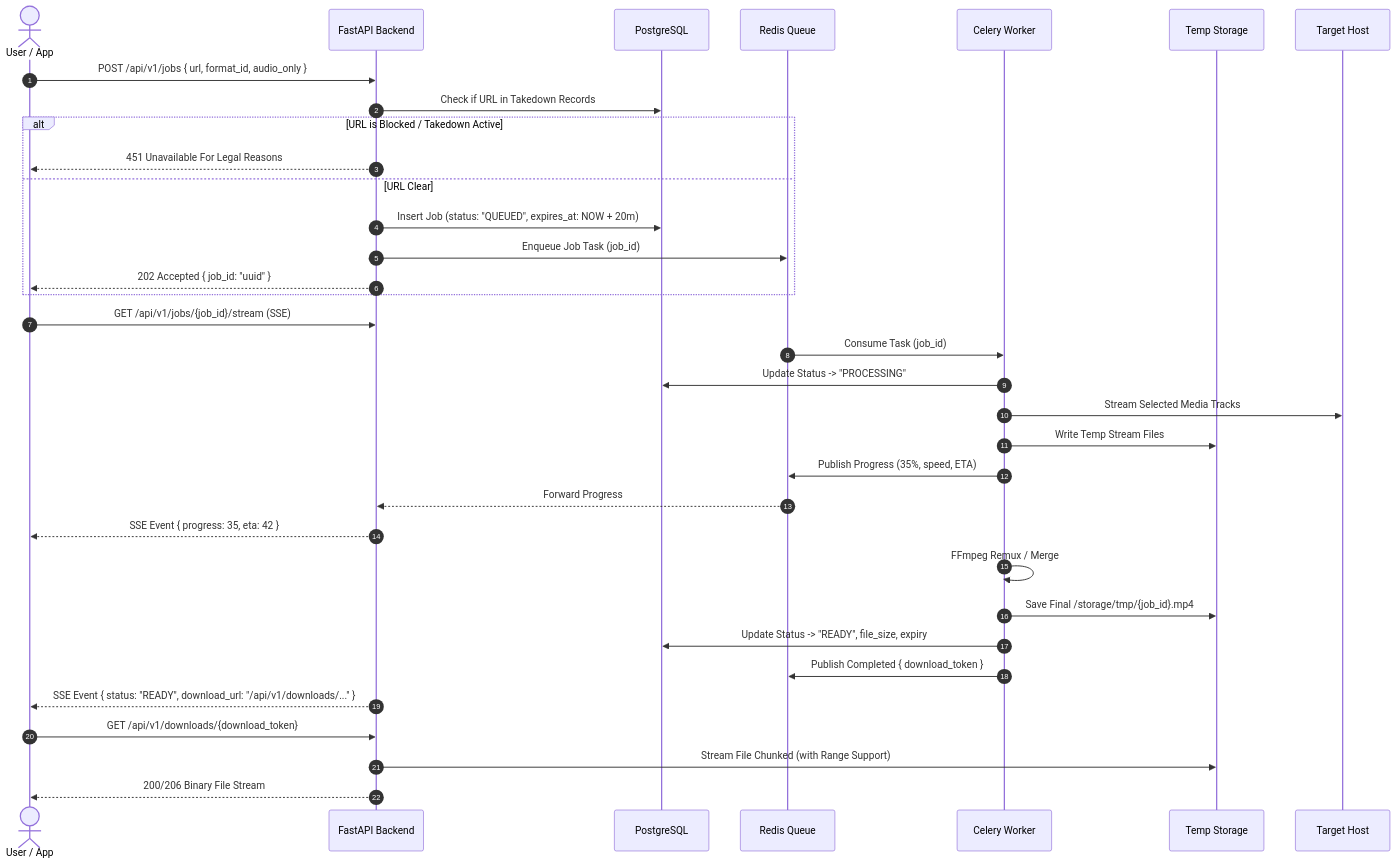
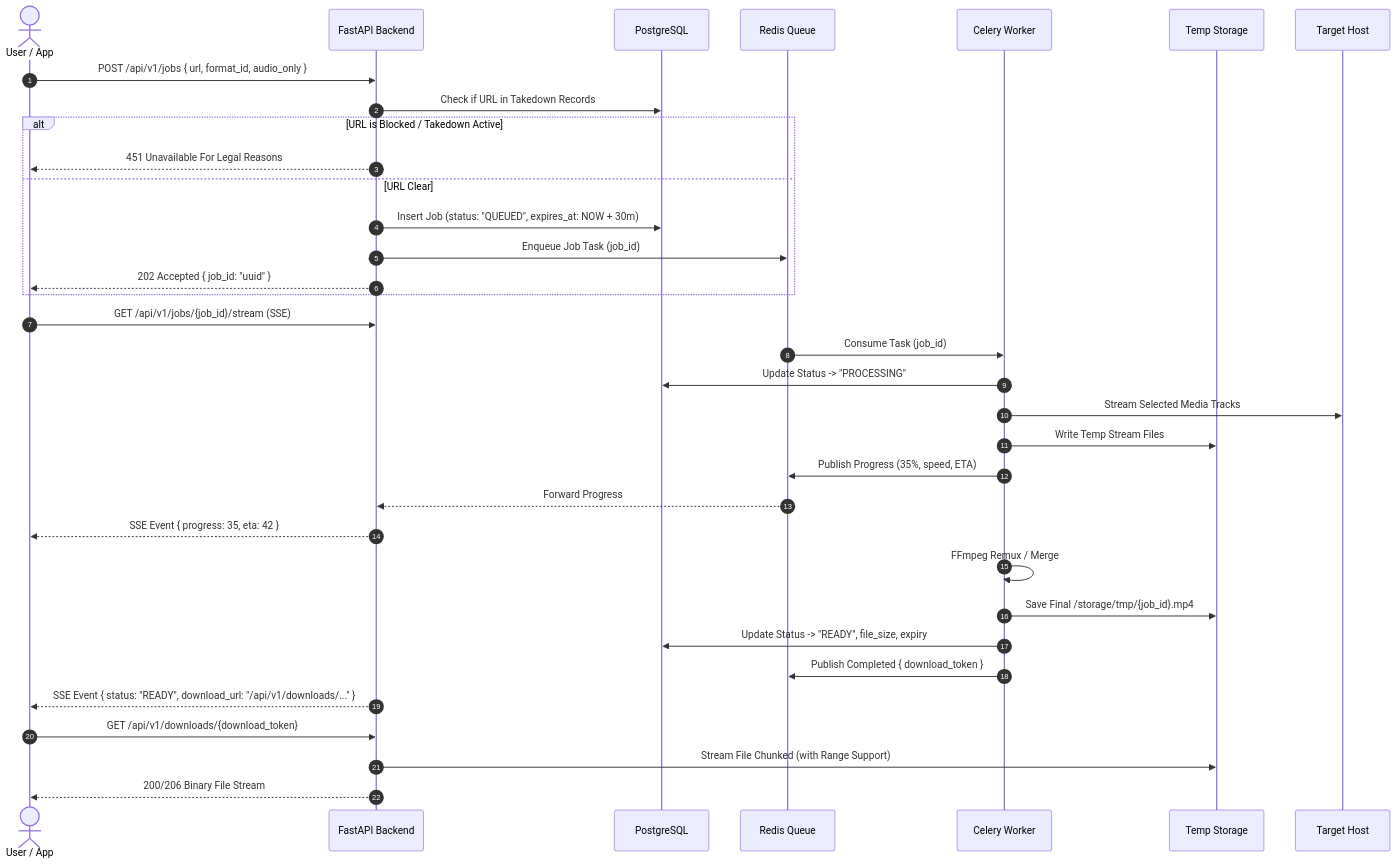
Before and after one commit to Sabbir0551/video_downloader: the third of 3 diagrams in docs/ARCHITECTURE.md, drawn with Mermaid. The commit also changed other lines of this file and 11 other files, not shown here.

````diff
--- a/docs/ARCHITECTURE.md
+++ b/docs/ARCHITECTURE.md
@@ -136,38 +136,38 @@
 ```mermaid
 sequenceDiagram
     autonumber
     actor User as User / App
     participant API as FastAPI Backend
     participant DB as PostgreSQL
     participant Redis as Redis Queue
     participant Worker as Celery Worker
     participant Disk as Temp Storage
     participant Upstream as Target Host
 
     User->>API: POST /api/v1/jobs { url, format_id, audio_only }
     API->>DB: Check if URL in Takedown Records
     alt URL is Blocked / Takedown Active
         API-->>User: 451 Unavailable For Legal Reasons
     else URL Clear
-        API->>DB: Insert Job (status: "QUEUED", expires_at: NOW + 20m)
+        API->>DB: Insert Job (status: "QUEUED", expires_at: NOW + 30m)
         API->>Redis: Enqueue Job Task (job_id)
         API-->>User: 202 Accepted { job_id: "uuid" }
     end
 
     User->>API: GET /api/v1/jobs/{job_id}/stream (SSE)
     Redis->>Worker: Consume Task (job_id)
     Worker->>DB: Update Status -> "PROCESSING"
     Worker->>Upstream: Stream Selected Media Tracks
     Worker->>Disk: Write Temp Stream Files
     Worker->>Redis: Publish Progress (35%, speed, ETA)
     Redis-->>API: Forward Progress
     API-->>User: SSE Event { progress: 35, eta: 42 }
     Worker->>Worker: FFmpeg Remux / Merge
     Worker->>Disk: Save Final /storage/tmp/{job_id}.mp4
     Worker->>DB: Update Status -> "READY", file_size, expiry
     Worker->>Redis: Publish Completed { download_token }
     API-->>User: SSE Event { status: "READY", download_url: "/api/v1/downloads/..." }
     User->>API: GET /api/v1/downloads/{download_token}
     API->>Disk: Stream File Chunked (with Range Support)
     API-->>User: 200/206 Binary File Stream
 ```
````
